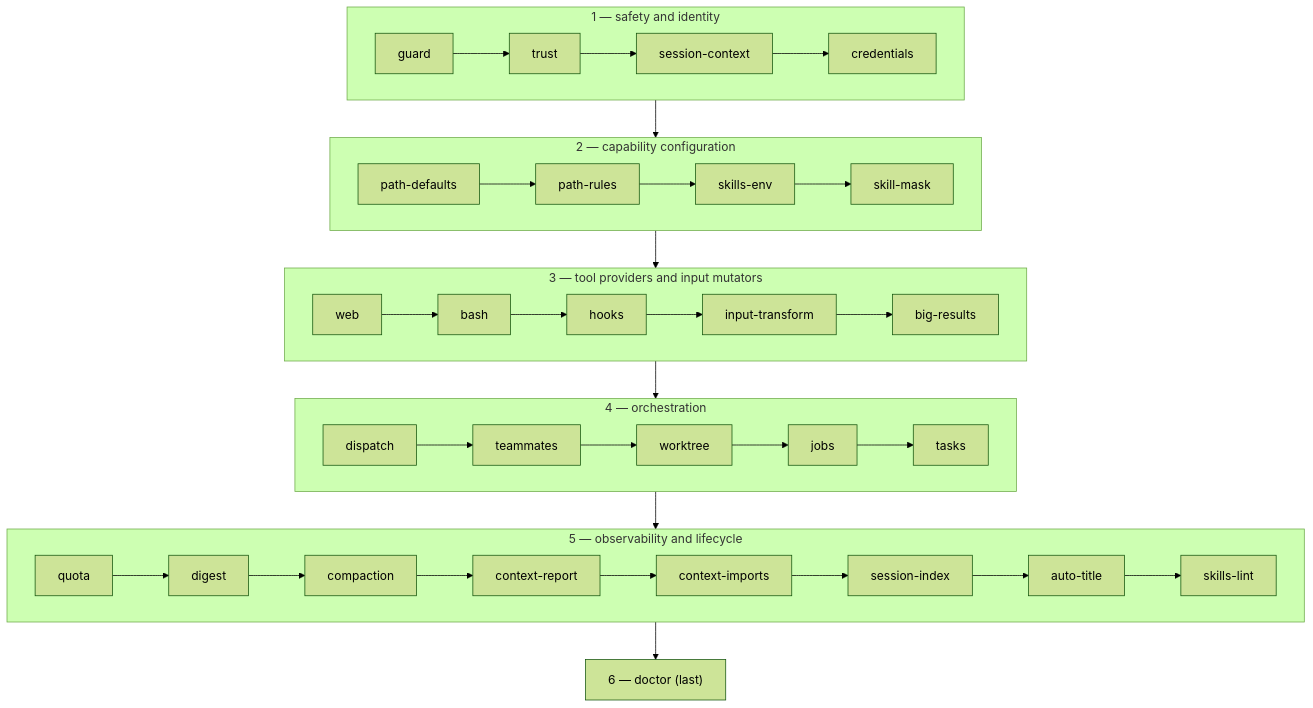
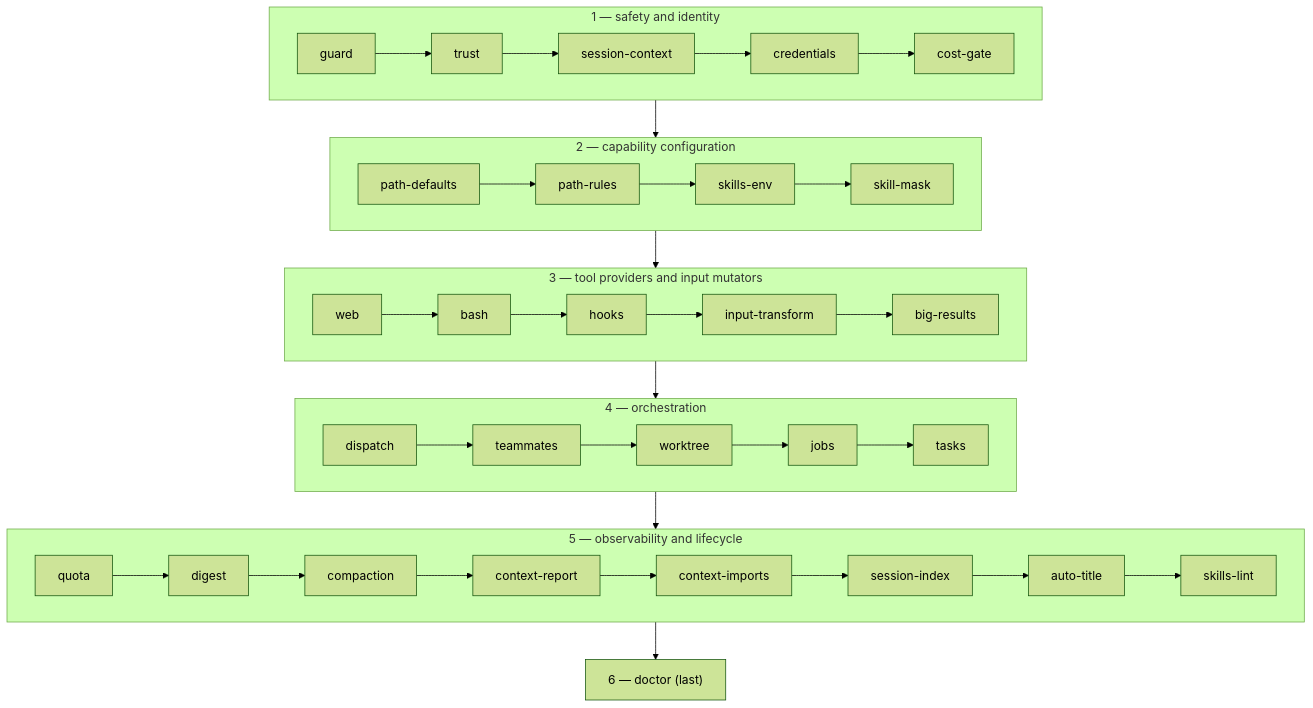
Before and after one commit to DresvyanskiyDenis/PiON: the first of 3 diagrams in docs/concepts/architecture.md, drawn with Mermaid (forest theme). The commit also changed 8 other files, not shown here.

````diff
--- a/docs/concepts/architecture.md
+++ b/docs/concepts/architecture.md
@@ -29,24 +29,24 @@
 ```mermaid
 flowchart TB
     subgraph safety["1 — safety and identity"]
         direction LR
-        guard --> trust --> sc["session-context"] --> cred["credentials"]
+        guard --> trust --> sc["session-context"] --> cred["credentials"] --> cg["cost-gate"]
     end
     subgraph capconf["2 — capability configuration"]
         direction LR
         pd["path-defaults"] --> pr["path-rules"] --> se["skills-env"] --> sm["skill-mask"]
     end
     subgraph tools["3 — tool providers and input mutators"]
         direction LR
         web --> bash --> hooks --> it["input-transform"] --> br["big-results"]
     end
     subgraph orch["4 — orchestration"]
         direction LR
         dispatch --> teammates --> worktree --> jobs --> tasks
     end
     subgraph obs["5 — observability and lifecycle"]
         direction LR
         quota --> digest --> compaction --> cr["context-report"] --> ci["context-imports"] --> si["session-index"] --> at["auto-title"] --> sl["skills-lint"]
     end
     safety --> capconf --> tools --> orch --> obs --> doctor["6 — doctor (last)"]
 ```
````
